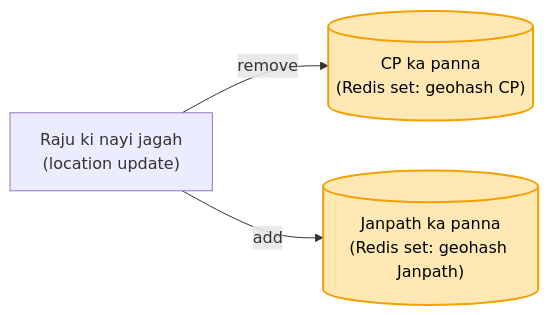
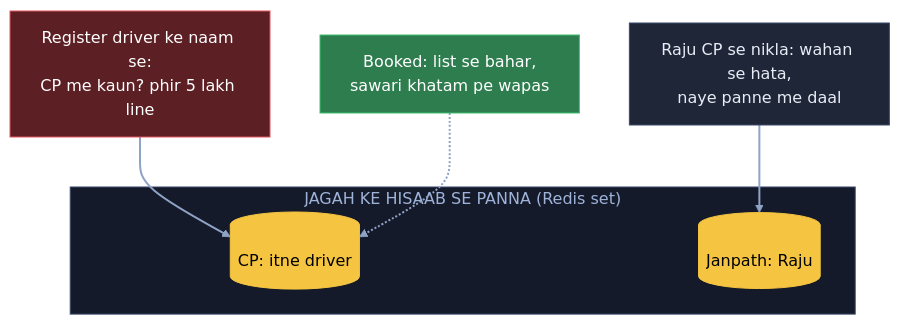
Before and after one commit to ArpanMaheshwari144/Prep: the seventh of 11 diagrams in 04_HLD/SYSTEM_DESIGNS/15_uber/15_uber.md, drawn with Mermaid. The commit also changed other lines of this file and 3 other files, not shown here.

Commit message:
Uber: 14 diagram hand notes ke shabdon se; K3 / K4 / K10 me naksha + chhoti gaadi (SVG); K6 apni jodi line hatai

````diff
--- a/04_HLD/SYSTEM_DESIGNS/15_uber/15_uber.md
+++ b/04_HLD/SYSTEM_DESIGNS/15_uber/15_uber.md
@@ -176,7 +233,19 @@
 ```mermaid
-flowchart LR
-    U["Raju ki nayi jagah<br/>(location update)"] -- "remove" --> CP[("CP ka panna<br/>(Redis set: geohash CP)")]
-    U -- "add" --> JP[("Janpath ka panna<br/>(Redis set: geohash Janpath)")]
-    style CP fill:#ffe8b3,stroke:#f59f00,stroke-width:2px,color:#000
-    style JP fill:#ffe8b3,stroke:#f59f00,stroke-width:2px,color:#000
+flowchart TB
+    X["Register driver ke naam se:<br/>CP me kaun? phir 5 lakh line"]:::bad
+    subgraph JP["JAGAH KE HISAAB SE PANNA (Redis set)"]
+        CP[("CP: itne driver")]:::pill
+        JN[("Janpath: Raju")]:::pill
+    end
+    R["Raju CP se nikla: wahan se hata,<br/>naye panne me daal"]:::card
+    B["Booked: list se bahar,<br/>sawari khatam pe wapas"]:::good
+    X --> CP
+    R --> JN
+    B -.-> CP
+    linkStyle default stroke:#8fa3c7,stroke-width:2px
+    classDef card fill:#1e2638,stroke:#3a4a6b,color:#e8ecf5
+    classDef pill fill:#f5c542,stroke:#f5c542,color:#000
+    classDef good fill:#2e7d4f,stroke:#3fbf6f,color:#fff
+    classDef bad fill:#5c1f24,stroke:#e05561,color:#fff
+    style JP fill:#141a29,stroke:#3a4a6b,color:#9fb3d9
 ```
````
